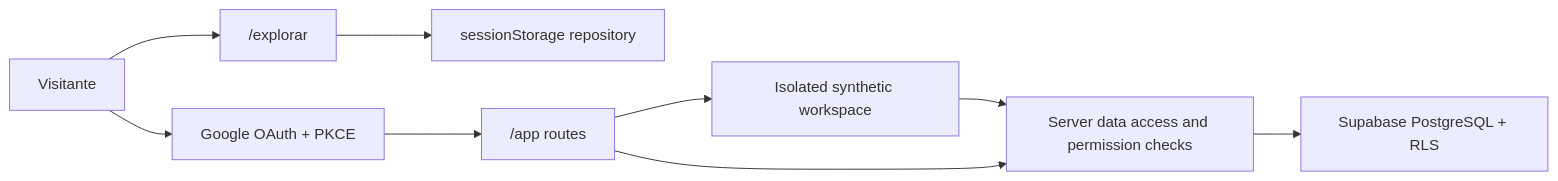
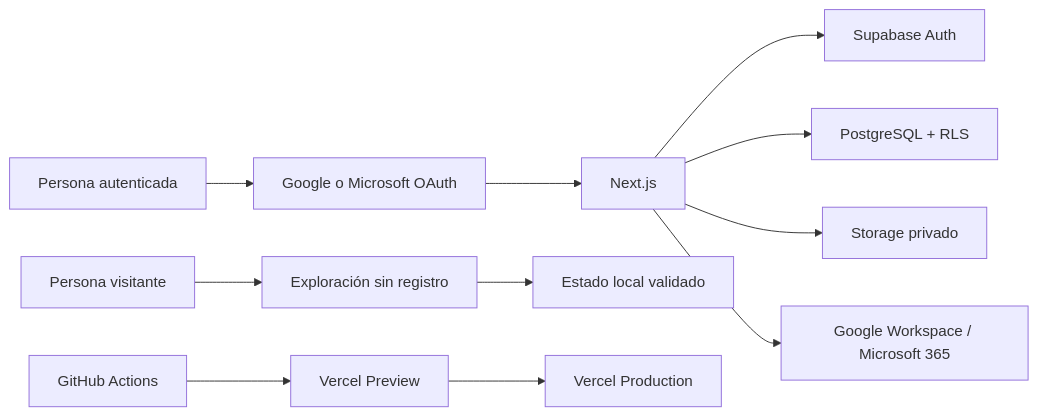
The first of 3 diagrams in docs/ARCHITECTURE.md (antoniojesusdelgado/management-platform-demo), drawn with Mermaid before and after one commit. The commit also changed other lines of this file and 21 other files, not shown here.

````diff
--- a/docs/ARCHITECTURE.md
+++ b/docs/ARCHITECTURE.md
@@ -89,11 +12,13 @@
 ```mermaid
 flowchart LR
-  Visitor["Visitante"] --> Embed["/explorar"]
-  Embed --> Session["sessionStorage repository"]
-  Visitor --> OAuth["Google OAuth + PKCE"]
-  OAuth --> App["/app routes"]
-  App --> Provision["Isolated synthetic workspace"]
-  Provision --> DAL
-  App --> DAL["Server data access and permission checks"]
-  DAL --> RLS["Supabase PostgreSQL + RLS"]
+  visitor["Persona visitante"] --> public["Exploración sin registro"]
+  member["Persona autenticada"] --> oauth["Google o Microsoft OAuth"]
+  oauth --> app["Next.js"]
+  public --> local["Estado local validado"]
+  app --> auth["Supabase Auth"]
+  app --> postgres["PostgreSQL + RLS"]
+  app --> storage["Storage privado"]
+  app --> providers["Google Workspace / Microsoft 365"]
+  github["GitHub Actions"] --> preview["Vercel Preview"]
+  preview --> production["Vercel Production"]
 ```
````
